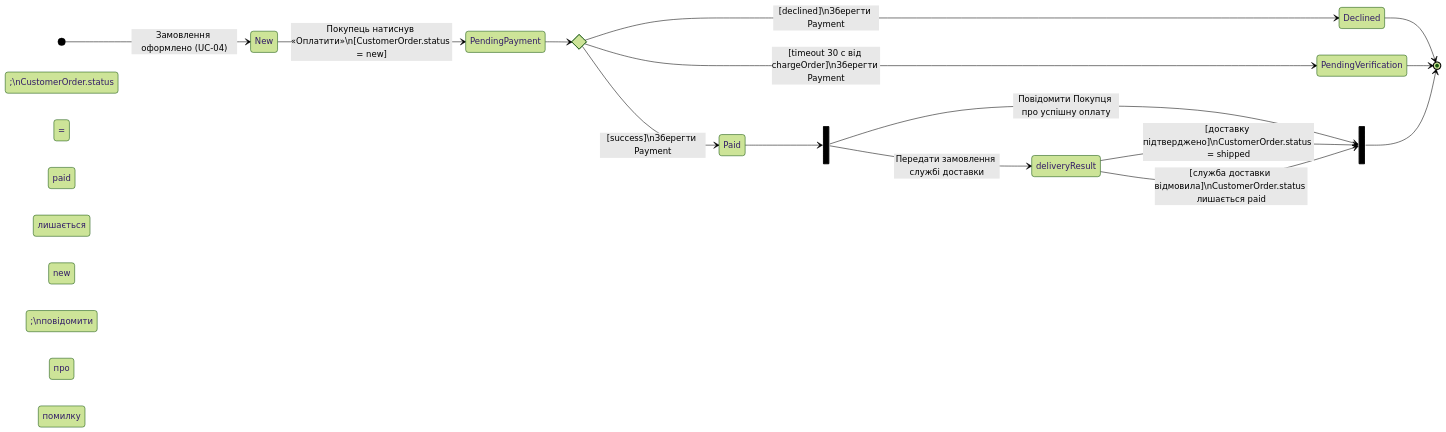
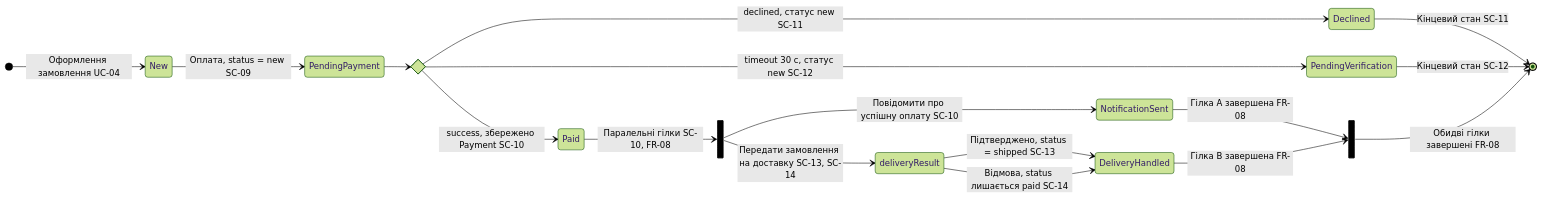
Before and after one commit to Saeghxx/KPI2: the diagram in Lab4/README.md, drawn with Mermaid (forest theme).

Commit message:
feat(lab4): add state machine diagram (mermaid)

````diff
--- a/Lab4/README.md
+++ b/Lab4/README.md
@@ -3,30 +3,32 @@
 ```mermaid
 stateDiagram-v2
     direction LR
 
-    [*] --> New : Замовлення оформлено (UC-04)
-    New --> PendingPayment : Покупець натиснув «Оплатити»\n[CustomerOrder.status = new]
+    [*] --> New : Оформлення замовлення UC-04
+    New --> PendingPayment : Оплата, status = new SC-09
 
     state paymentResult <<choice>>
     PendingPayment --> paymentResult
+    paymentResult --> Paid : success, збережено Payment SC-10
+    paymentResult --> Declined : declined, статус new SC-11
+    paymentResult --> PendingVerification : timeout 30 с, статус new SC-12
 
-    paymentResult --> Paid : [success]\nЗберегти Payment;\nCustomerOrder.status = paid
-    paymentResult --> Declined : [declined]\nЗберегти Payment;\nCustomerOrder.status лишається new
-    paymentResult --> PendingVerification : [timeout 30 с від chargeOrder]\nЗберегти Payment;\nCustomerOrder.status лишається new
-
-    Declined --> [*]
-    PendingVerification --> [*]
+    Declined --> [*] : Кінцевий стан SC-11
+    PendingVerification --> [*] : Кінцевий стан SC-12
 
     state forkPoint <<fork>>
-    state joinPoint <<join>>
+    Paid --> forkPoint : Паралельні гілки SC-10, FR-08
 
-    Paid --> forkPoint
-    forkPoint --> joinPoint : Повідомити Покупця про успішну оплату
-    forkPoint --> deliveryResult : Передати замовлення службі доставки
+    forkPoint --> NotificationSent : Повідомити про успішну оплату SC-10
+    forkPoint --> deliveryResult : Передати замовлення на доставку SC-13, SC-14
 
     state deliveryResult <<choice>>
-    deliveryResult --> joinPoint : [доставку підтверджено]\nCustomerOrder.status = shipped
-    deliveryResult --> joinPoint : [служба доставки відмовила]\nCustomerOrder.status лишається paid;\nповідомити про помилку
+    deliveryResult --> DeliveryHandled : Підтверджено, status = shipped SC-13
+    deliveryResult --> DeliveryHandled : Відмова, status лишається paid SC-14
 
-    joinPoint --> [*]
+    state joinPoint <<join>>
+    NotificationSent --> joinPoint : Гілка A завершена FR-08
+    DeliveryHandled --> joinPoint : Гілка B завершена FR-08
+
+    joinPoint --> [*] : Обидві гілки завершені FR-08
 ```
````
